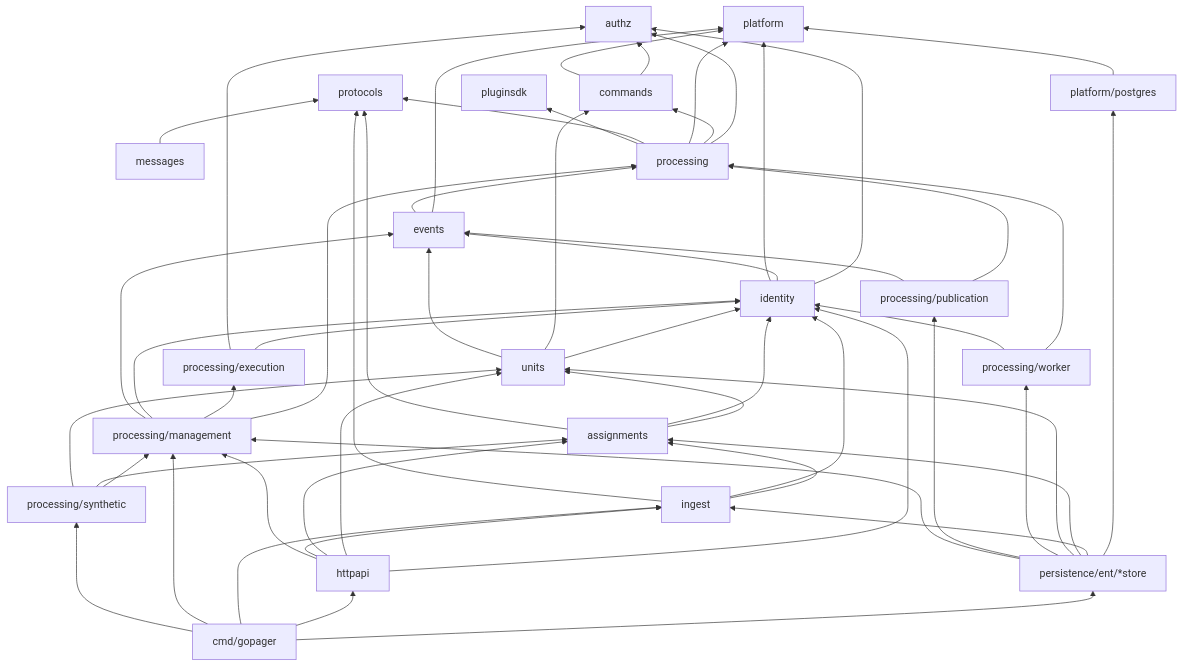
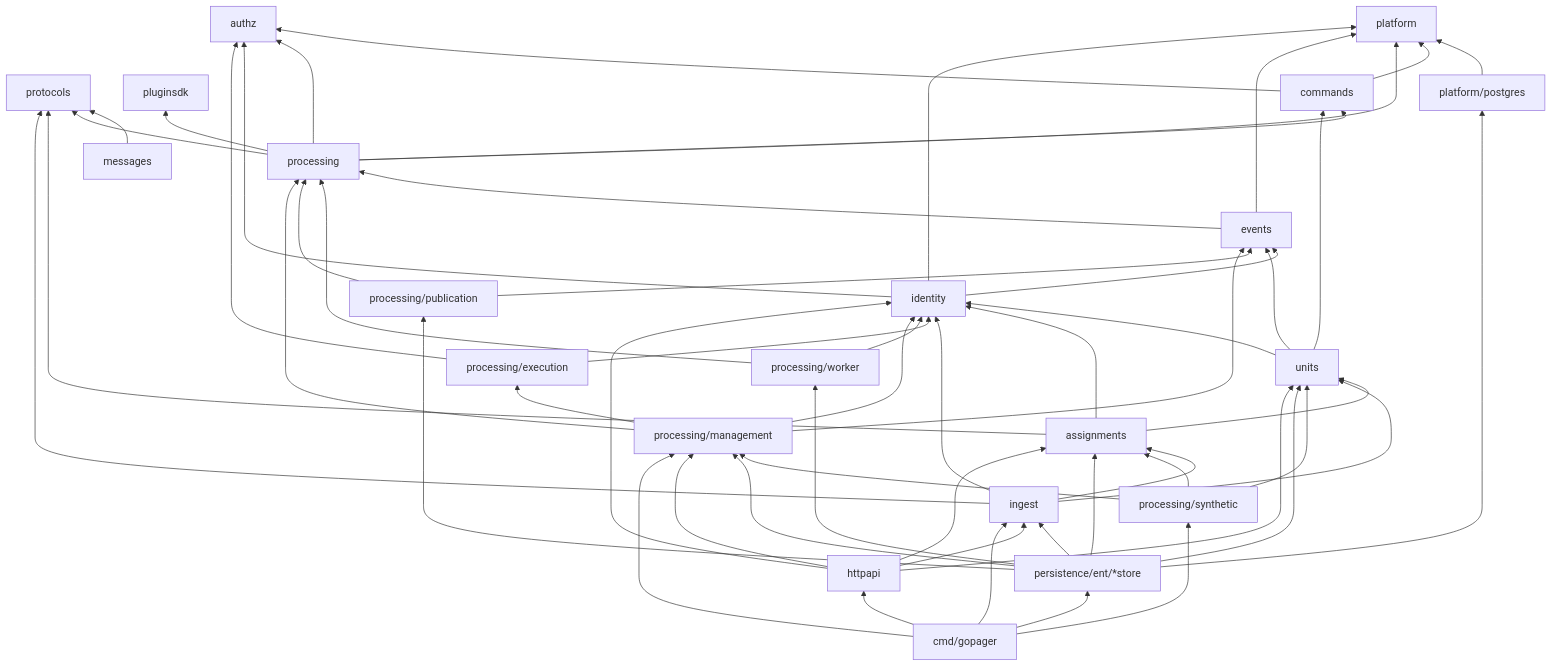
The third of 6 diagrams in docs/architecture.md (gopager/gopager), drawn with Mermaid before and after one commit. The commit also changed other lines of this file and 80 other files, not shown here.

````diff
--- a/docs/architecture.md
+++ b/docs/architecture.md
@@ -143,24 +149,24 @@
 ```mermaid
 flowchart BT
     platform
     authz
     protocols
     pluginsdk
     postgres[platform/postgres] --> platform
     commands --> authz & platform
     messages --> protocols
     processing --> authz & commands & platform & protocols & pluginsdk
     events --> platform & processing
     identity --> authz & events & platform
     units --> identity & commands & events
     assignments --> units & identity & protocols
-    ingest --> assignments & identity & protocols
+    ingest --> assignments & identity & protocols & units
     pexec[processing/execution] --> identity & authz
     pworker[processing/worker] --> processing & identity
     ppub[processing/publication] --> processing & events
     pmgmt[processing/management] --> processing & pexec & identity & events
     psyn[processing/synthetic] --> pmgmt & assignments & units
     stores[persistence/ent/*store] --> postgres & ingest & assignments & units & pworker & ppub & pmgmt
     httpapi --> identity & units & assignments & ingest & pmgmt
     cmd[cmd/gopager] --> stores & httpapi & ingest & pmgmt & psyn
 ```
````
